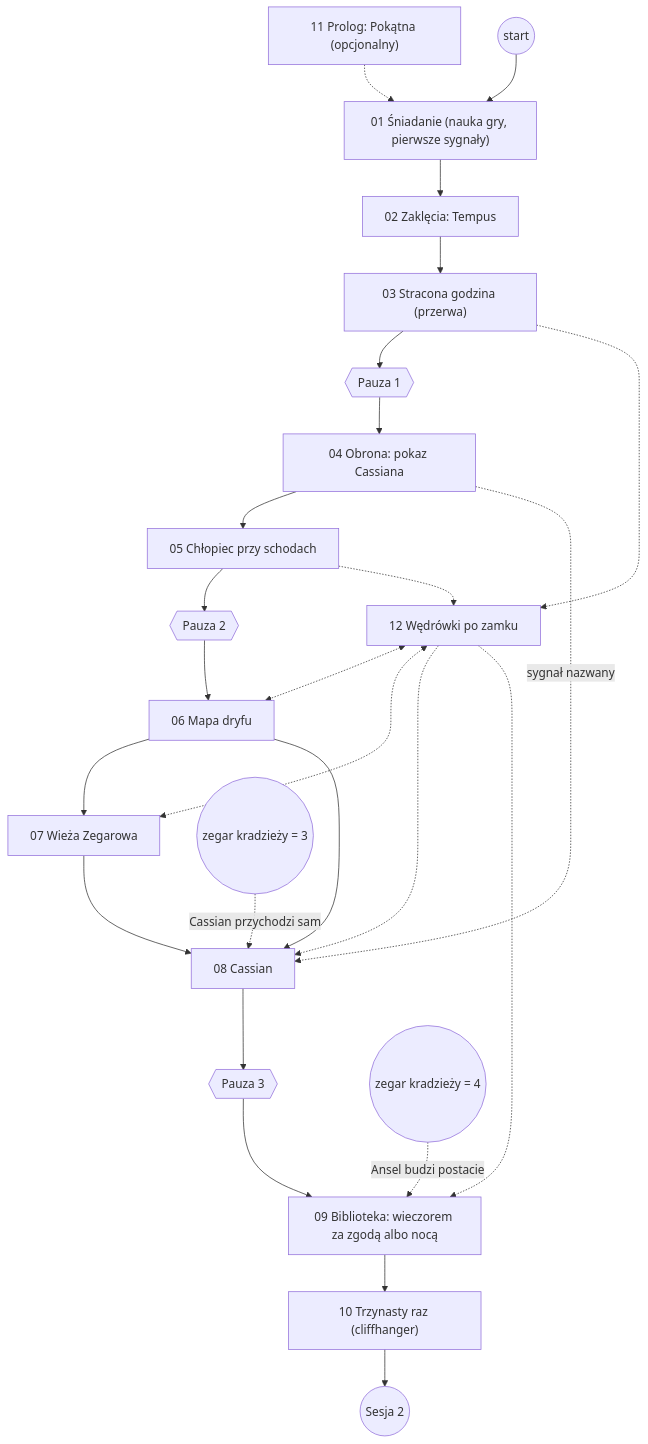
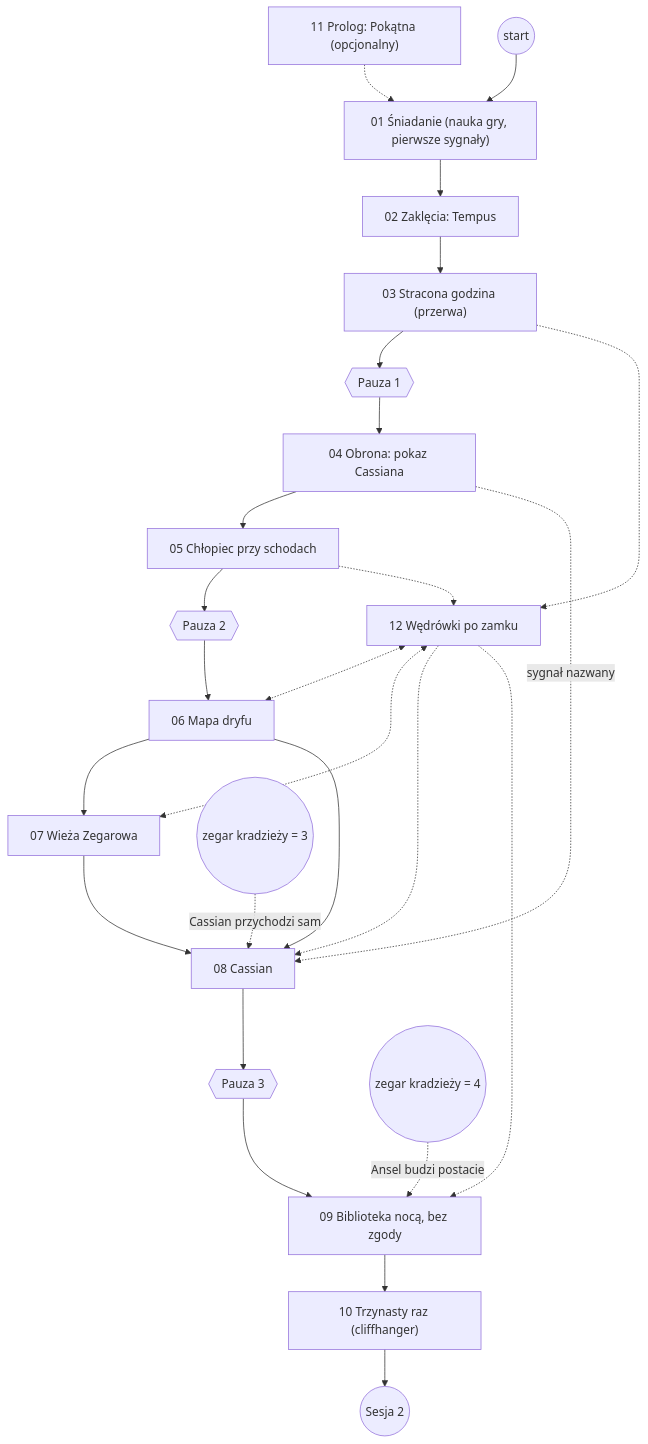
One commit to evoworld1/hp-1969-campaign changed the diagram in 05_scenariusze/s1-godzina-ktorej-nie-bylo/graf-scen.md. Above: the diagram before and after it, drawn with Mermaid. The commit also changed other lines of this file and 18 other files, not shown here.

````diff
--- a/05_scenariusze/s1-godzina-ktorej-nie-bylo/graf-scen.md
+++ b/05_scenariusze/s1-godzina-ktorej-nie-bylo/graf-scen.md
@@ -15,28 +17,28 @@
 ```mermaid
 flowchart TD
     S11["11 Prolog: Pokątna (opcjonalny)"] -.-> S01
     START(("start")) --> S01["01 Śniadanie (nauka gry, pierwsze sygnały)"]
     S01 --> S02["02 Zaklęcia: Tempus"]
     S02 --> S03["03 Stracona godzina (przerwa)"]
     S03 --> P1{{"Pauza 1"}}
     P1 --> S04["04 Obrona: pokaz Cassiana"]
     S04 --> S05["05 Chłopiec przy schodach"]
     S05 --> P2{{"Pauza 2"}}
     P2 --> S06["06 Mapa dryfu"]
     S06 --> S07["07 Wieża Zegarowa"]
     S06 --> S08["08 Cassian"]
     S07 --> S08
     S04 -. "sygnał nazwany" .-> S08
     ZK(("zegar kradzieży = 3")) -. "Cassian przychodzi sam" .-> S08
     S08 --> P3{{"Pauza 3"}}
-    P3 --> S09["09 Biblioteka: wieczorem za zgodą albo nocą"]
+    P3 --> S09["09 Biblioteka nocą, bez zgody"]
     ZK4(("zegar kradzieży = 4")) -. "Ansel budzi postacie" .-> S09
     S09 --> S10["10 Trzynasty raz (cliffhanger)"]
     S10 --> S2(("Sesja 2"))
     S12["12 Wędrówki po zamku"] <-.-> S06
     S12 <-.-> S07
     S03 -.-> S12
     S05 -.-> S12
     S12 -.-> S08
     S12 -.-> S09
 ```
````
